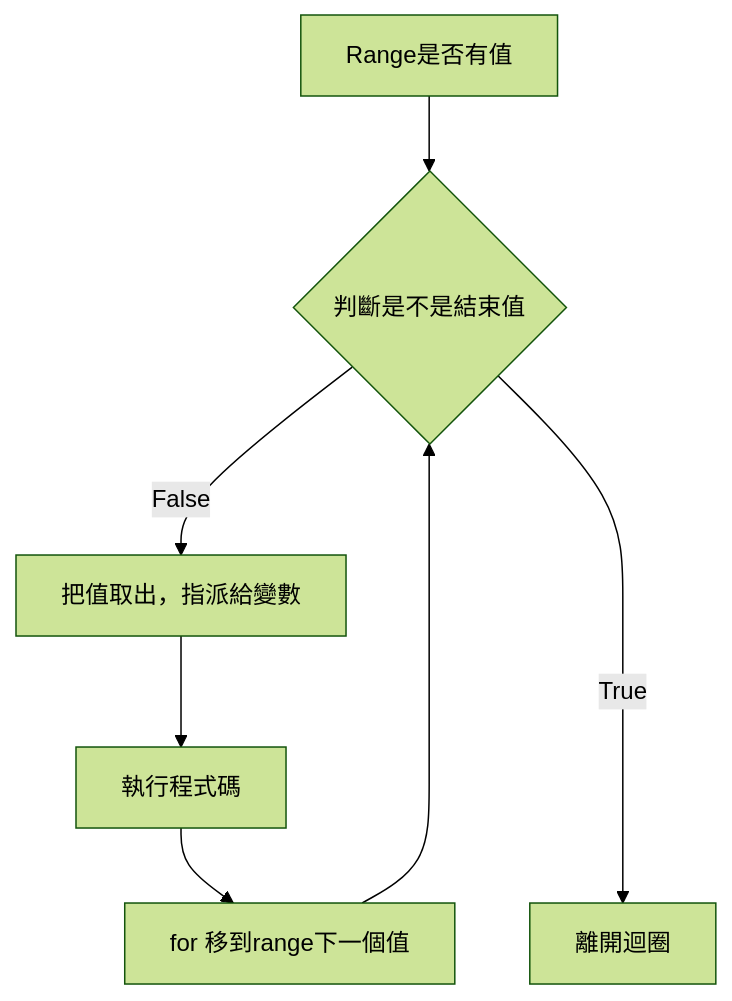
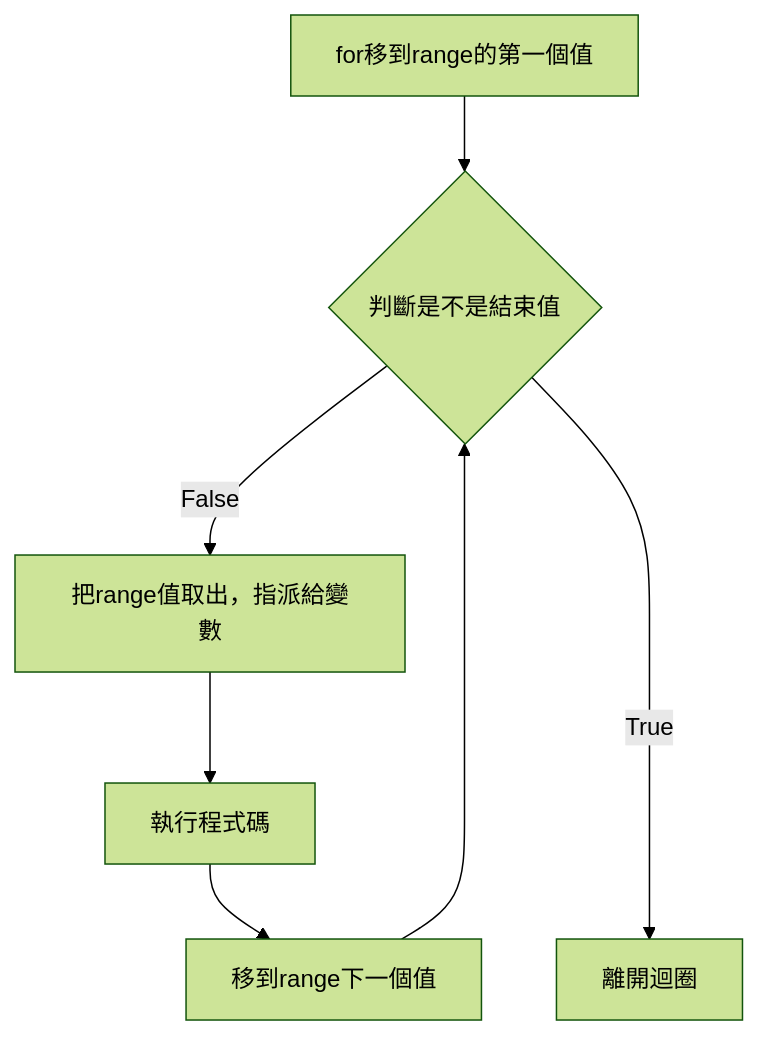
Before and after one commit to newcici7777/newcici7777.github.io: the first of 2 diagrams in _pages/python/for.md, drawn with Mermaid (forest theme). The commit also changed other lines of this file and 5 other files, not shown here.

````diff
--- a/_pages/python/for.md
+++ b/_pages/python/for.md
@@ -91,9 +91,9 @@
 ```mermaid
 flowchart TD
-  A[Range是否有值] --> B{判斷是不是結束值}
-  B -->|False| C[把值取出，指派給變數]
+  A[for移到range的第一個值] --> B{判斷是不是結束值}
+  B -->|False| C[把range值取出，指派給變數]
   C --> D[執行程式碼]
-  D --> E[for 移到range下一個值]
+  D --> E[移到range下一個值]
   E --> B
   B ---->|True| F[離開迴圈]
 ```
````
